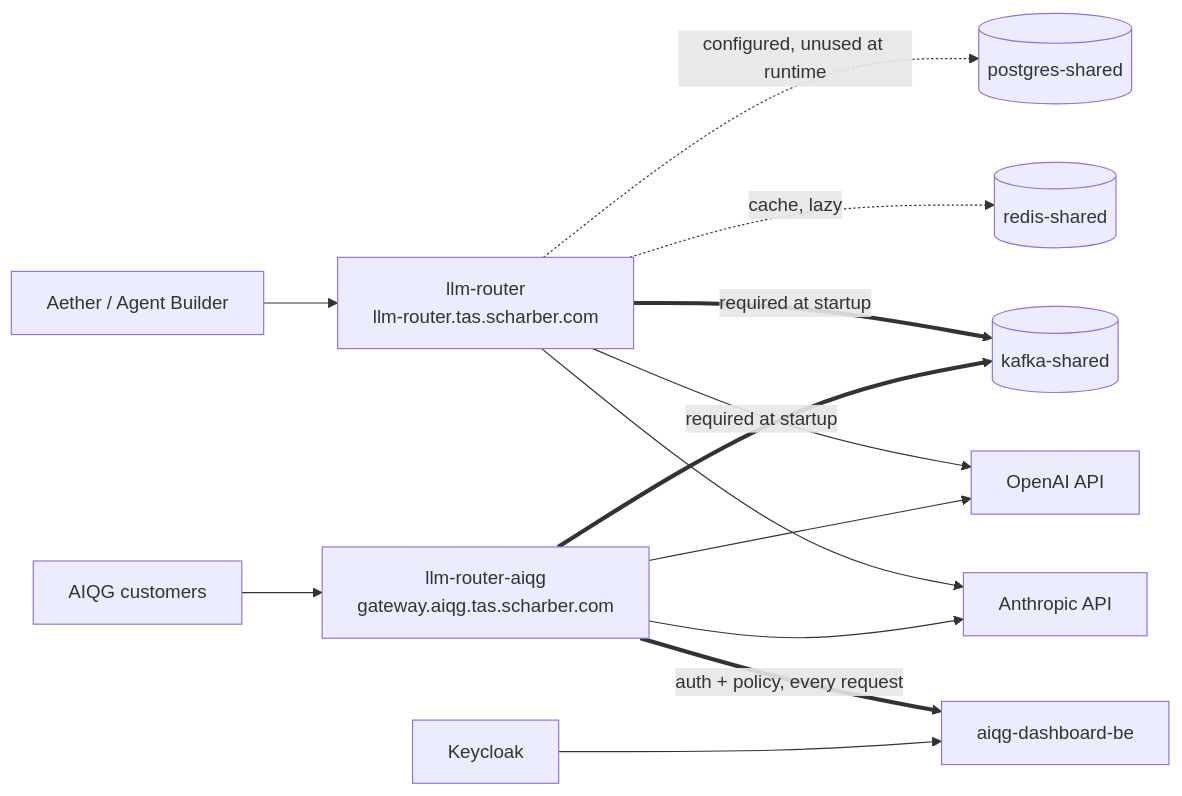
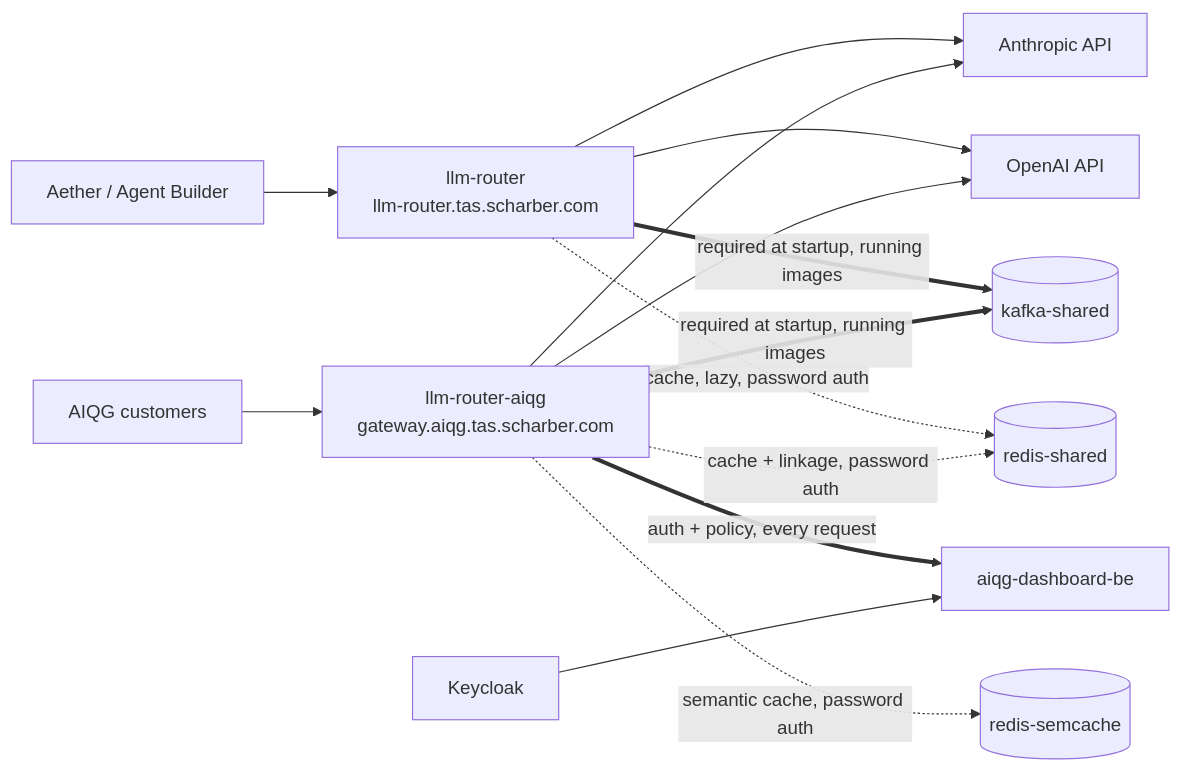
Before and after one commit to Tributary-ai-services/tas-llm-router: the diagram in docs/ops/llm-router.md, drawn with Mermaid. The commit also changed other lines of this file and 4 other files, not shown here.

````diff
--- a/docs/ops/llm-router.md
+++ b/docs/ops/llm-router.md
@@ -67,15 +81,16 @@
 ```mermaid
 flowchart LR
   aether[Aether / Agent Builder] --> lr[llm-router<br/>llm-router.tas.scharber.com]
   gw[AIQG customers] --> aiqg[llm-router-aiqg<br/>gateway.aiqg.tas.scharber.com]
   lr --> anth[Anthropic API]
   lr --> oai[OpenAI API]
   aiqg --> anth
   aiqg --> oai
-  lr ==required at startup==> kafka[(kafka-shared)]
-  aiqg ==required at startup==> kafka
+  lr ==required at startup, running images==> kafka[(kafka-shared)]
+  aiqg ==required at startup, running images==> kafka
   aiqg ==auth + policy, every request==> dash[aiqg-dashboard-be]
-  lr -.cache, lazy.-> redis[(redis-shared)]
-  lr -.configured, unused at runtime.-> pg[(postgres-shared)]
+  lr -.cache, lazy, password auth.-> redis[(redis-shared)]
+  aiqg -.cache + linkage, password auth.-> redis
+  aiqg -.semantic cache, password auth.-> semcache[(redis-semcache)]
   keycloak[Keycloak] --> dash
 ```
````
